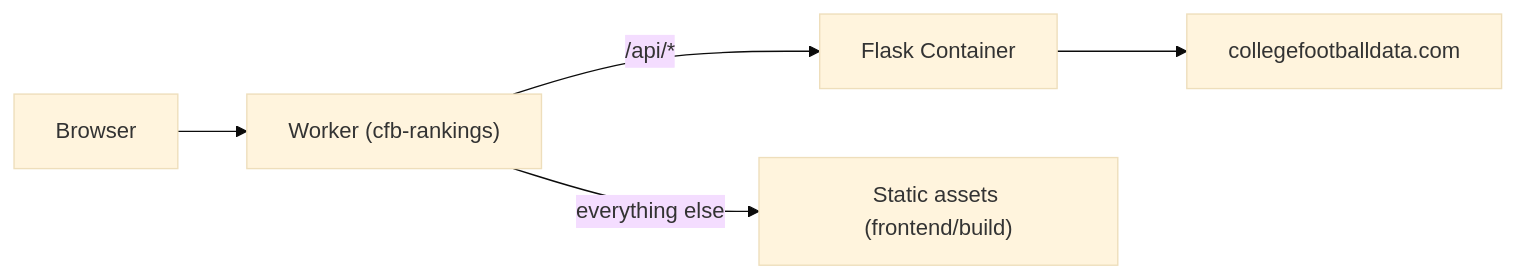
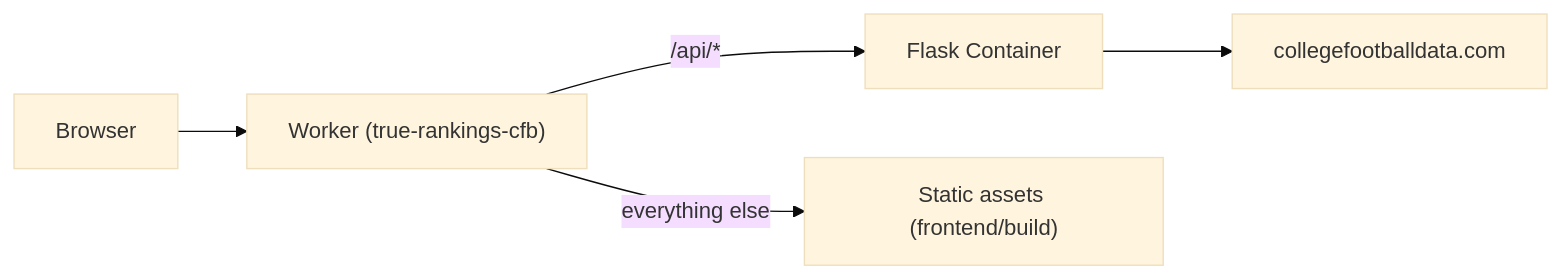
One commit to merimeesoftware/cfb-ranking-algorithm changed the diagram in docs/DEPLOY-CLOUDFLARE.md. Above: the diagram before and after it, drawn with Mermaid (base theme). The commit also changed other lines of this file and 5 other files, not shown here.

````diff
--- a/docs/DEPLOY-CLOUDFLARE.md
+++ b/docs/DEPLOY-CLOUDFLARE.md
@@ -11,7 +11,7 @@
 ```mermaid
 flowchart LR
-  Browser --> Worker["Worker (cfb-rankings)"]
+  Browser --> Worker["Worker (true-rankings-cfb)"]
   Worker -->|"/api/*"| Container["Flask Container"]
   Worker -->|"everything else"| Assets["Static assets (frontend/build)"]
   Container --> CFBD["collegefootballdata.com"]
 ```
````
